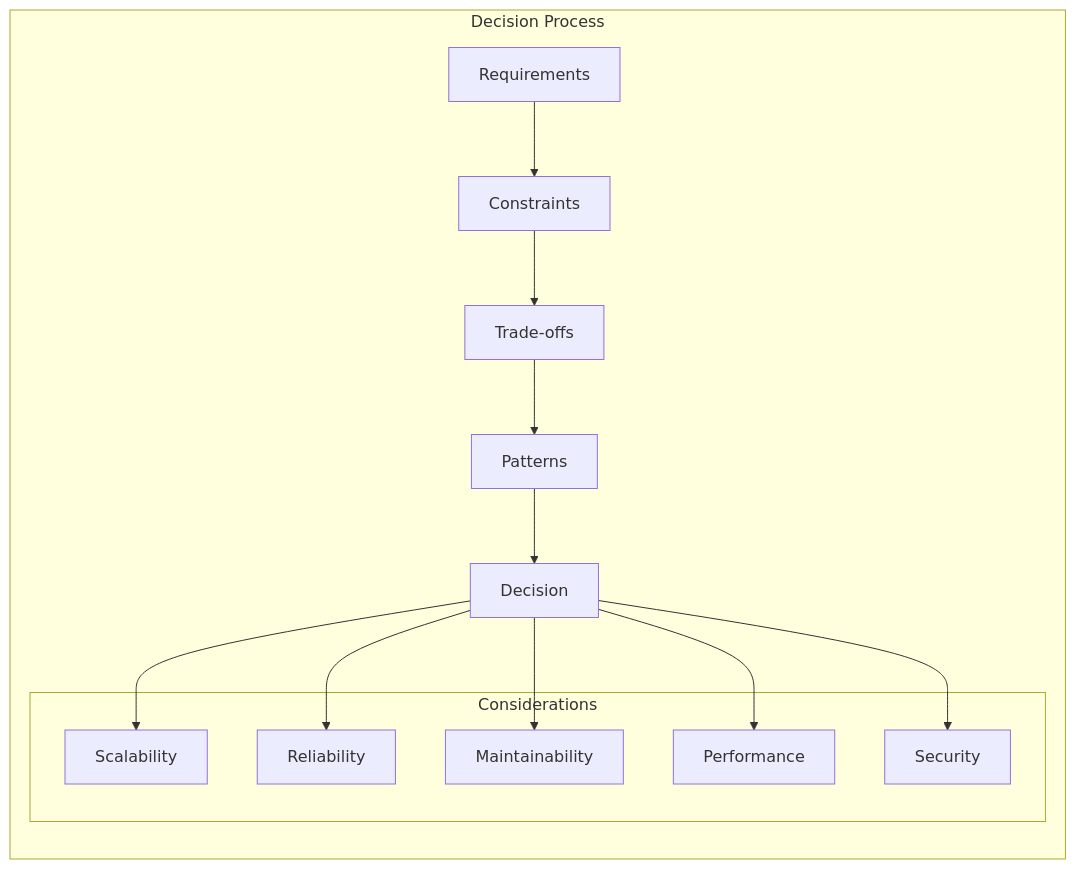
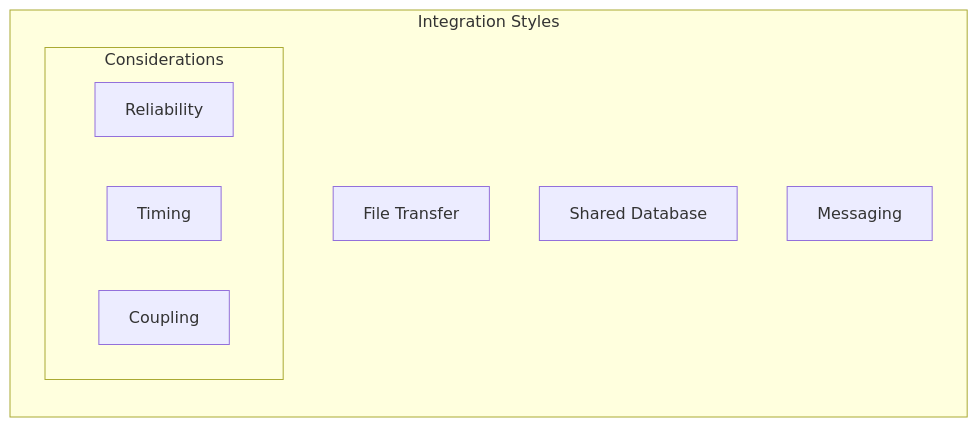
One commit to saravanakumarrc/Architecture_Journey changed the fourth of 7 diagrams in src/System_Design_Principles_and_Patterns.md. Above: the diagram before and after it, drawn with Mermaid. The commit also changed other lines of this file and 4 other files, not shown here.

````diff
--- a/src/System_Design_Principles_and_Patterns.md
+++ b/src/System_Design_Principles_and_Patterns.md
@@ -370,25 +156,15 @@
 ```mermaid
-graph TB
-    subgraph "Decision Process"
-        direction TB
-        
-        R[Requirements] --> C[Constraints]
-        C --> T[Trade-offs]
-        T --> P[Patterns]
-        P --> D[Decision]
+graph LR
+    subgraph "Integration Styles"
+        F[File Transfer]
+        S[Shared Database]
+        R[Remote Procedure]
+        M[Messaging]
         
         subgraph "Considerations"
-            SC[Scalability]
-            RE[Reliability]
-            MA[Maintainability]
-            PE[Performance]
-            SE[Security]
+            T[Timing]
+            C[Coupling]
+            R[Reliability]
         end
-        
-        D --> SC
-        D --> RE
-        D --> MA
-        D --> PE
-        D --> SE
     end
 ```
````
